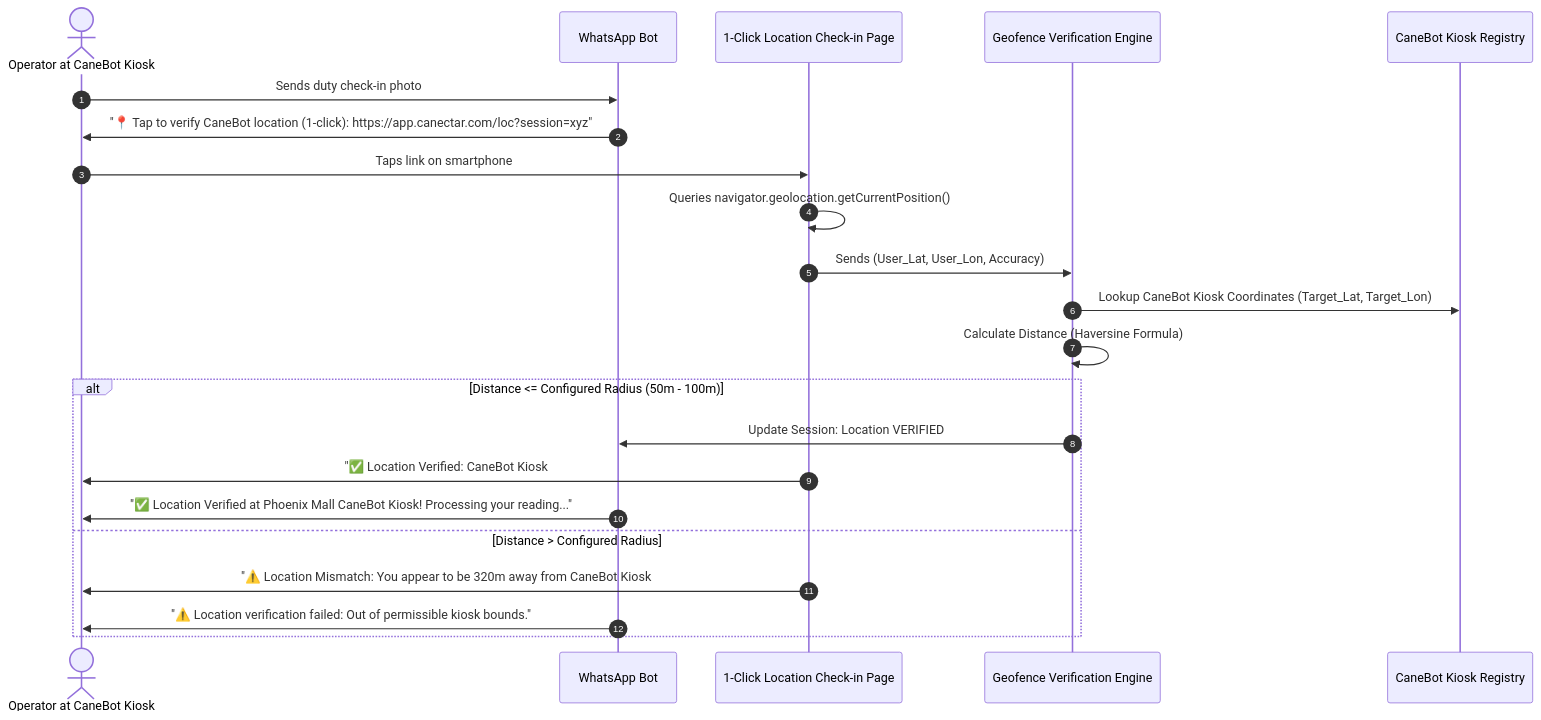
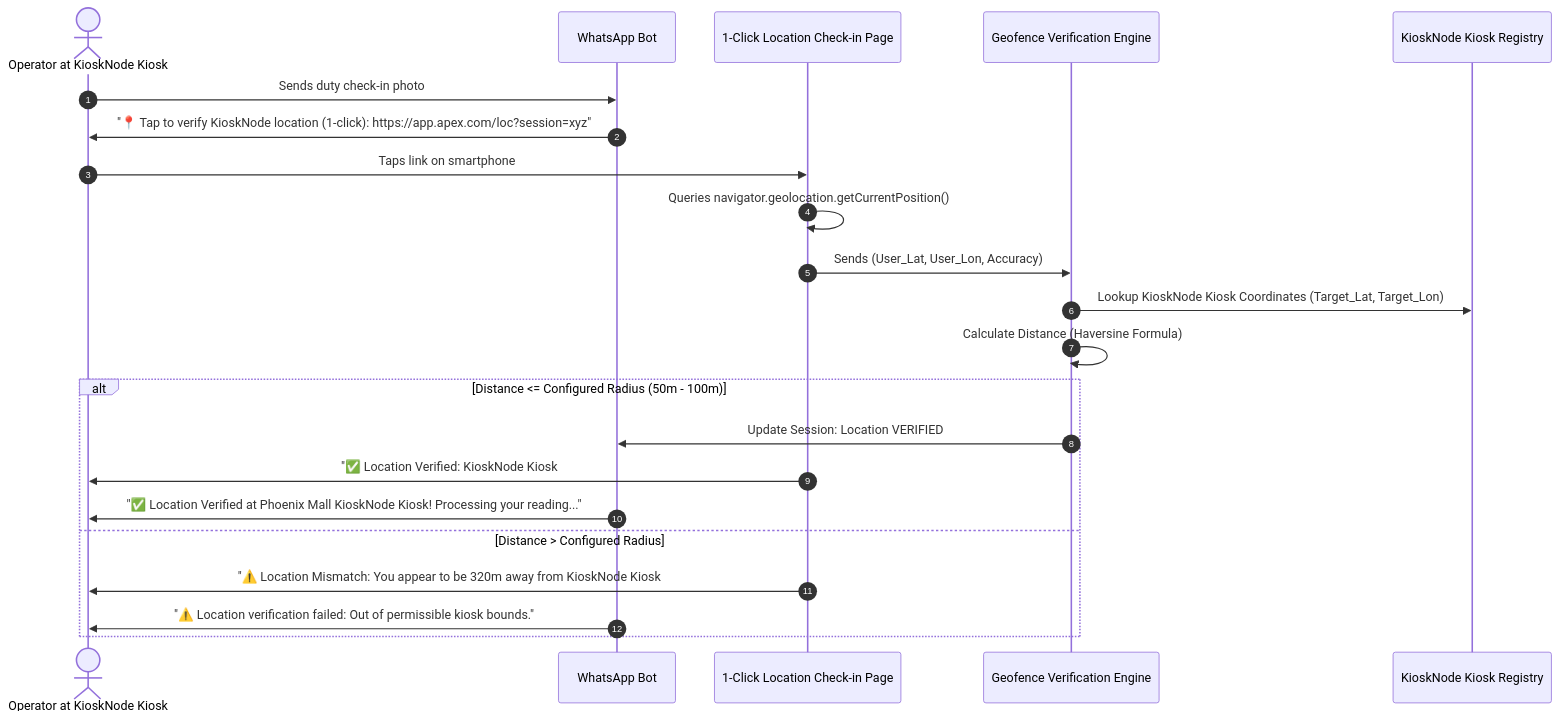
The first of 5 diagrams in plans/03_app_temperature_marker_v1.1.md (meetmahendra/Release100), drawn with Mermaid before and after one commit. The commit also changed other lines of this file and 41 other files, not shown here.

````diff
--- a/plans/03_app_temperature_marker_v1.1.md
+++ b/plans/03_app_temperature_marker_v1.1.md
@@ -102,26 +102,26 @@
 ```mermaid
 sequenceDiagram
     autonumber
-    actor Worker as Operator at CaneBot Kiosk
+    actor Worker as Operator at KioskNode Kiosk
     participant WA as WhatsApp Bot
     participant WebCheckin as 1-Click Location Check-in Page
     participant Haversine as Geofence Verification Engine
-    participant DB as CaneBot Kiosk Registry
+    participant DB as KioskNode Kiosk Registry
 
     Worker->>WA: Sends duty check-in photo
-    WA->>Worker: "📍 Tap to verify CaneBot location (1-click): https://app.canectar.com/loc?session=xyz"
+    WA->>Worker: "📍 Tap to verify KioskNode location (1-click): https://app.apex.com/loc?session=xyz"
     Worker->>WebCheckin: Taps link on smartphone
     WebCheckin->>WebCheckin: Queries navigator.geolocation.getCurrentPosition()
     WebCheckin->>Haversine: Sends (User_Lat, User_Lon, Accuracy)
-    Haversine->>DB: Lookup CaneBot Kiosk Coordinates (Target_Lat, Target_Lon)
+    Haversine->>DB: Lookup KioskNode Kiosk Coordinates (Target_Lat, Target_Lon)
     Haversine->>Haversine: Calculate Distance (Haversine Formula)
     
     alt Distance <= Configured Radius (50m - 100m)
         Haversine->>WA: Update Session: Location VERIFIED
-        WebCheckin->>Worker: "✅ Location Verified: CaneBot Kiosk #04 (Phoenix Mall). You may close this tab."
-        WA->>Worker: "✅ Location Verified at Phoenix Mall CaneBot Kiosk! Processing your reading..."
+        WebCheckin->>Worker: "✅ Location Verified: KioskNode Kiosk #04 (Phoenix Mall). You may close this tab."
+        WA->>Worker: "✅ Location Verified at Phoenix Mall KioskNode Kiosk! Processing your reading..."
     else Distance > Configured Radius
-        WebCheckin->>Worker: "⚠️ Location Mismatch: You appear to be 320m away from CaneBot Kiosk #04."
+        WebCheckin->>Worker: "⚠️ Location Mismatch: You appear to be 320m away from KioskNode Kiosk #04."
         WA->>Worker: "⚠️ Location verification failed: Out of permissible kiosk bounds."
     end
 ```
````
